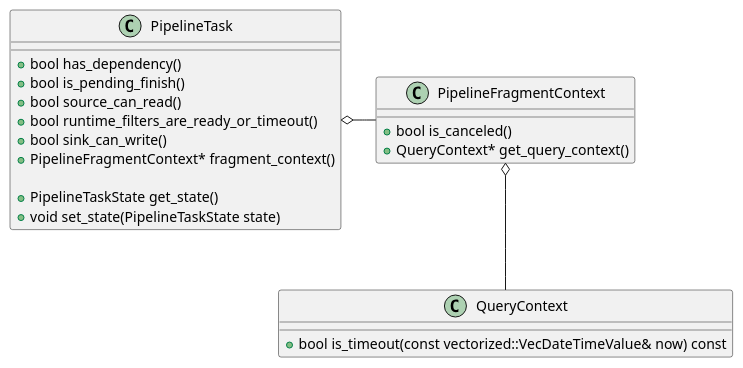
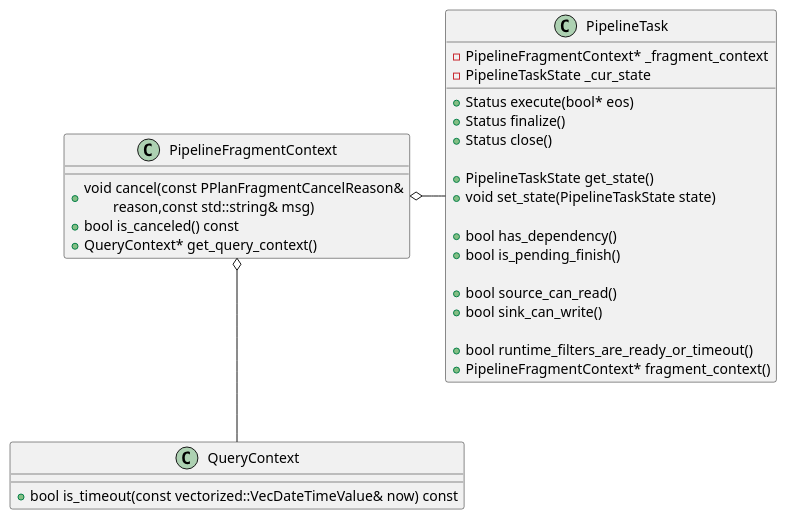
One commit to DepInjoy/geektime changed the third of 11 diagrams in doc/DB/Doris/SourceRead/11_03_Exec_Pipeline_TaskSchedule.md. Above: the diagram before and after it, drawn with PlantUML. The commit also changed other lines of this file, not shown here.

Commit message:
Doris Pipeline

````diff
--- a/doc/DB/Doris/SourceRead/11_03_Exec_Pipeline_TaskSchedule.md
+++ b/doc/DB/Doris/SourceRead/11_03_Exec_Pipeline_TaskSchedule.md
@@ -335,27 +238,37 @@
 ```plantuml
 @startuml
 class PipelineTask {
-    + bool has_dependency()
-    + bool is_pending_finish()
-    + bool source_can_read() 
-    + bool runtime_filters_are_ready_or_timeout()
-    + bool sink_can_write()
-    + PipelineFragmentContext* fragment_context()
+    - PipelineFragmentContext* _fragment_context
+    - PipelineTaskState _cur_state
+
+    + Status execute(bool* eos)
+    + Status finalize()
+    + Status close()
 
     + PipelineTaskState get_state()
     + void set_state(PipelineTaskState state)
+
+    + bool has_dependency()
+    + bool is_pending_finish()
+
+    + bool source_can_read()
+    + bool sink_can_write()
+
+    + bool runtime_filters_are_ready_or_timeout()
+    + PipelineFragmentContext* fragment_context()
 }
 
 class PipelineFragmentContext {
-    + bool is_canceled()
+    + void cancel(const PPlanFragmentCancelReason&\n\treason,const std::string& msg)
+    + bool is_canceled() const
     + QueryContext* get_query_context()
 }
 
 class QueryContext {
     + bool is_timeout(const vectorized::VecDateTimeValue& now) const
 }
 
-PipelineFragmentContext -left-o PipelineTask
+PipelineTask -left-o PipelineFragmentContext
 QueryContext -up-o PipelineFragmentContext
 @enduml
 ```
````
